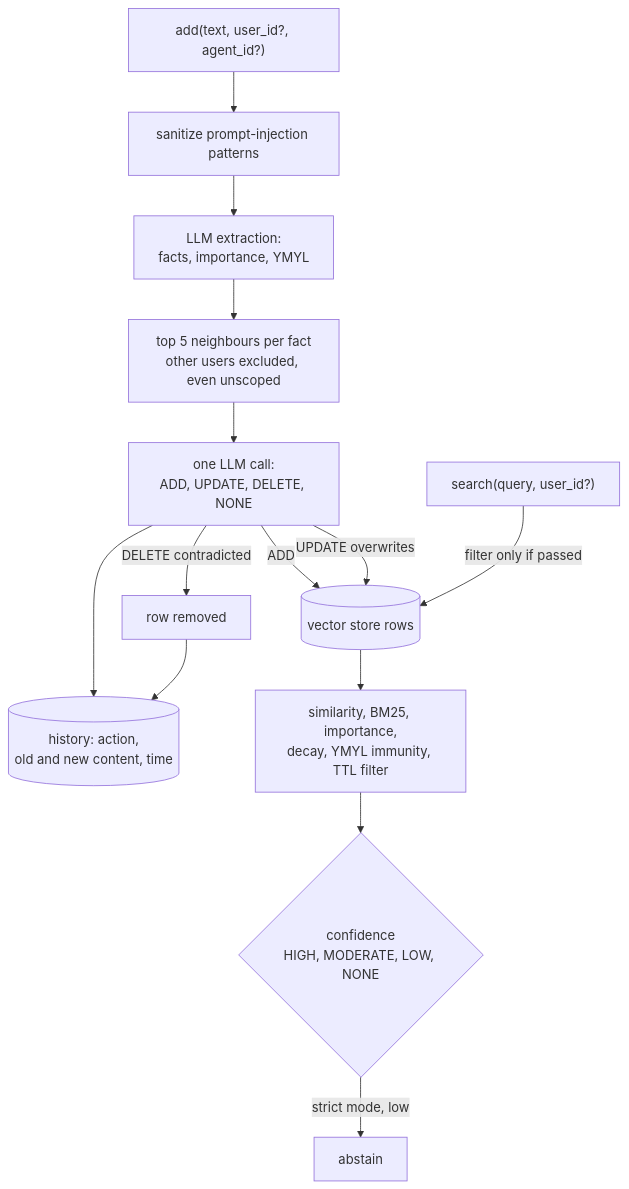
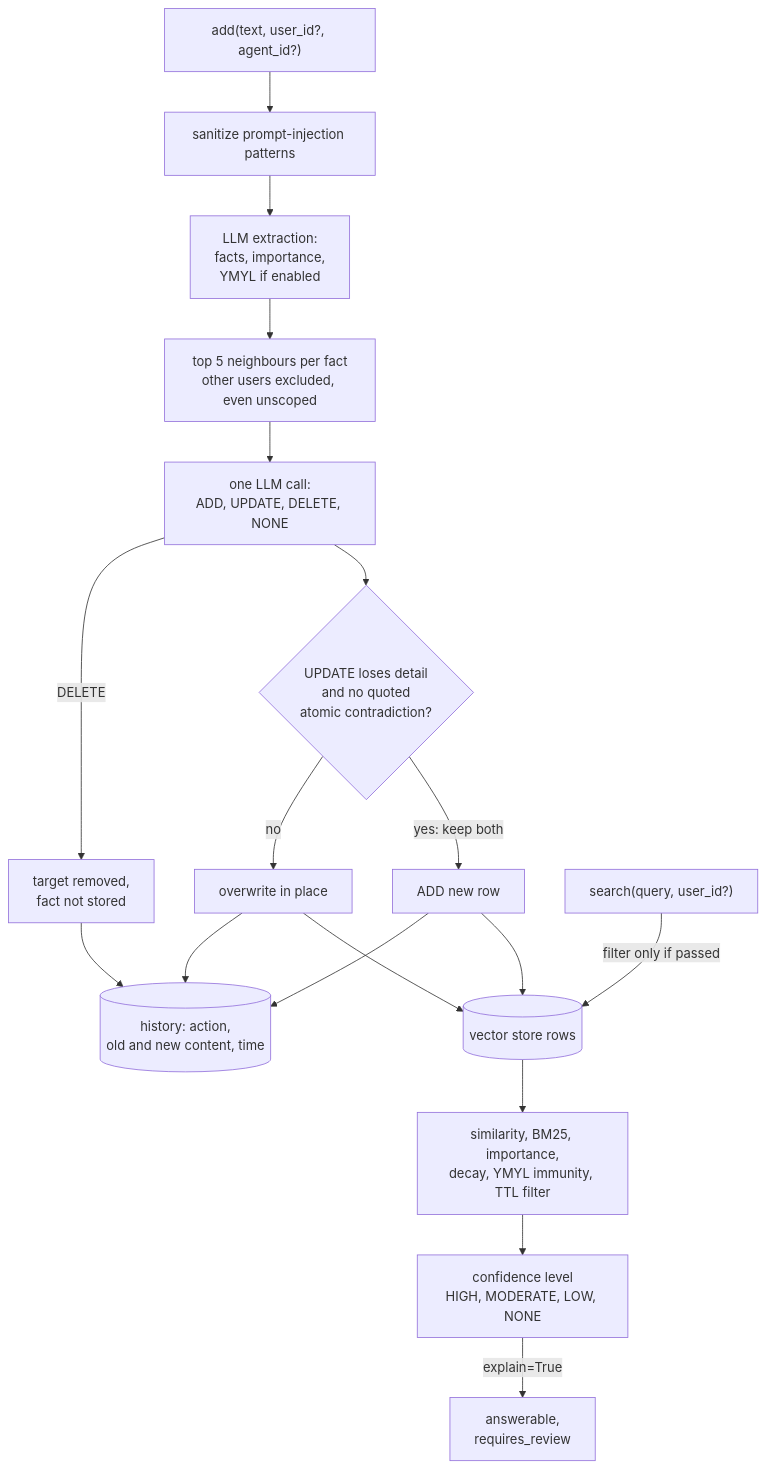
The diagram in content/systems/widemem-ai.md (neoneye/agent-memory-atlas), drawn with Mermaid before and after one commit. The commit also changed other lines of this file and 13 other files, not shown here.

Commit message:
Audit widemem-ai at the unchanged pin: eight overstated claims corrected; negative_eval gains a read-path case

````diff
--- a/content/systems/widemem-ai.md
+++ b/content/systems/widemem-ai.md
@@ -80,17 +85,21 @@
 ```mermaid
-%% caption: text becomes facts, one LLM call decides each fact's fate, every write lands in history, and the read path scores and may abstain
+%% caption: text becomes facts, one LLM call decides each fact's fate under an overwrite guard, every write lands in history, and the read path scores without an owner unless one is passed
 flowchart TB
     T["add(text, user_id?, agent_id?)"] --> SAN["sanitize prompt-injection patterns"]
-    SAN --> EX["LLM extraction:<br/>facts, importance, YMYL"]
+    SAN --> EX["LLM extraction:<br/>facts, importance,<br/>YMYL if enabled"]
     EX --> CAND["top 5 neighbours per fact<br/>other users excluded, even unscoped"]
     CAND --> BATCH["one LLM call:<br/>ADD, UPDATE, DELETE, NONE"]
-    BATCH -->|"ADD"| VS[("vector store rows")]
-    BATCH -->|"UPDATE overwrites"| VS
-    BATCH -->|"DELETE contradicted"| GONE["row removed"]
-    BATCH --> H[("history: action,<br/>old and new content, time")]
+    BATCH --> GUARD{"UPDATE loses detail<br/>and no quoted<br/>atomic contradiction?"}
+    GUARD -->|"yes: keep both"| ADD["ADD new row"]
+    GUARD -->|"no"| UPD["overwrite in place"]
+    BATCH -->|"DELETE"| GONE["target removed,<br/>fact not stored"]
+    ADD --> VS[("vector store rows")]
+    UPD --> VS
+    ADD --> H[("history: action,<br/>old and new content, time")]
+    UPD --> H
     GONE --> H
     Q["search(query, user_id?)"] -->|"filter only if passed"| VS
     VS --> SCORE["similarity, BM25, importance,<br/>decay, YMYL immunity, TTL filter"]
-    SCORE --> CONF{"confidence<br/>HIGH, MODERATE, LOW, NONE"}
-    CONF -->|"strict mode, low"| ABST["abstain"]
+    SCORE --> CONF["confidence level<br/>HIGH, MODERATE, LOW, NONE"]
+    CONF -->|"explain=True"| VERD["answerable,<br/>requires_review"]
 ```
````
